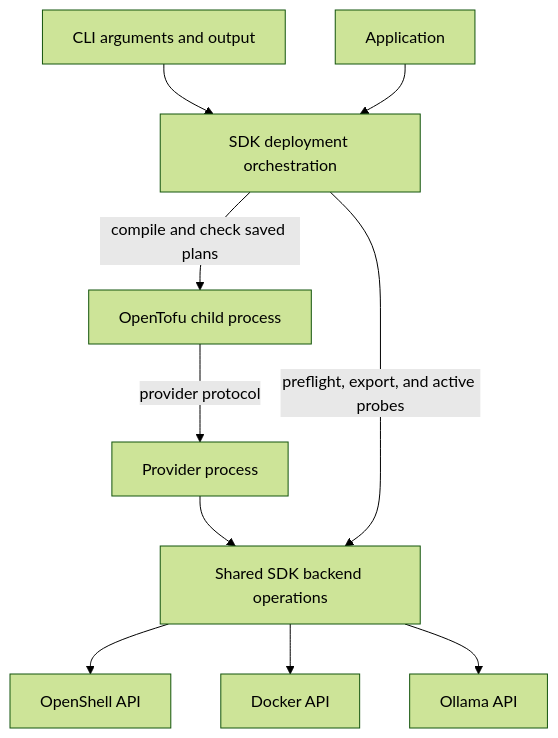
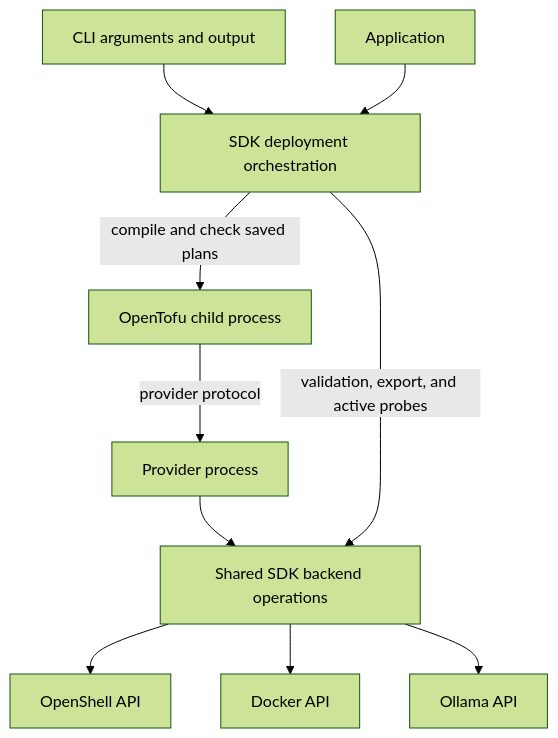
The first of 2 diagrams in docs/design/architecture.md (NVIDIA/NemoClaw), drawn with Mermaid (forest theme) before and after one commit. The commit also changed other lines of this file and 19 other files, not shown here.

````diff
--- a/docs/design/architecture.md
+++ b/docs/design/architecture.md
@@ -18,12 +18,12 @@
 ```mermaid
 flowchart TD
     CLI[CLI arguments and output] --> SDK[SDK deployment orchestration]
     App[Application] --> SDK
     SDK -->|compile and check saved plans| Tofu[OpenTofu child process]
     Tofu -->|provider protocol| Provider[Provider process]
     Provider --> Backend[Shared SDK backend operations]
-    SDK -->|preflight, export, and active probes| Backend
+    SDK -->|validation, export, and active probes| Backend
     Backend --> OpenShell[OpenShell API]
     Backend --> Docker[Docker API]
     Backend --> Ollama[Ollama API]
 ```
````
